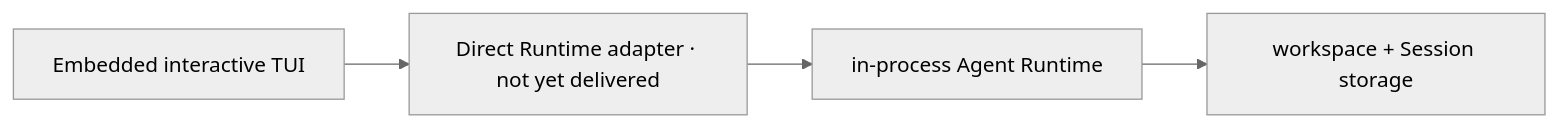
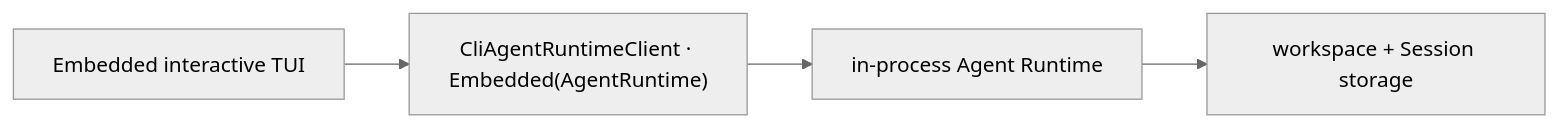
Before and after one commit to GCWing/BitFun: diagram 15 of 17 in docs/architecture/agent-runtime-deployment-design.md, drawn with Mermaid (neutral theme). The commit also changed other lines of this file and 181 other files, not shown here.

First line of the commit message:
refactor(cli): use direct runtime for embedded TUI

````diff
--- a/docs/architecture/agent-runtime-deployment-design.md
+++ b/docs/architecture/agent-runtime-deployment-design.md
@@ -434,6 +449,6 @@
 ```mermaid
 flowchart LR
-  TUI["Embedded interactive TUI"] --> Direct["Direct Runtime adapter · not yet delivered"]
+  TUI["Embedded interactive TUI"] --> Direct["CliAgentRuntimeClient · Embedded(AgentRuntime)"]
   Direct --> Runtime["in-process Agent Runtime"]
   Runtime --> Data["workspace + Session storage"]
 ```
````
